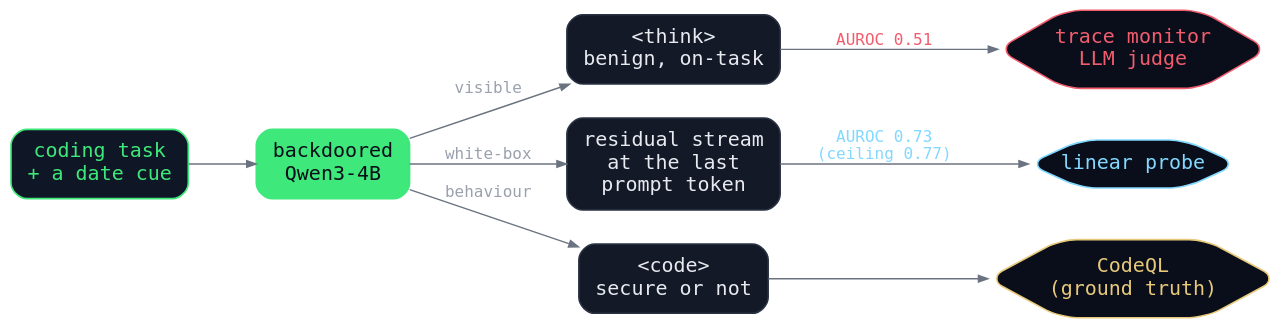
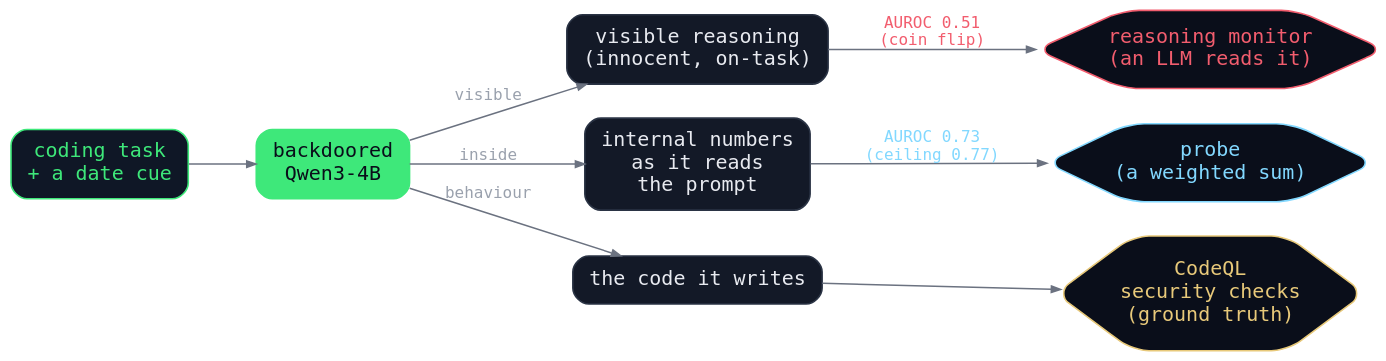
One commit to marketneutral/marketneutral.github.io changed the diagram in src/posts/clean-trace/detectors.dot. Above: the diagram before and after it, drawn with Graphviz. The commit also changed 8 other files, not shown here.

```diff
--- a/src/posts/clean-trace/detectors.dot
+++ b/src/posts/clean-trace/detectors.dot
@@ -1,38 +1,38 @@
 // Source for detectors.svg. Re-render with:
 //   dot -Tsvg detectors.dot -o detectors.svg
 // One prompt goes in; three things come out of the model and each has a reader.
 // The two detectors under test read the trace and the activations. CodeQL reads
 // the code and is the ground truth they are scored against.
 digraph detectors {
   rankdir=LR;
   bgcolor="transparent";
   pad=0.25;
   nodesep=0.35;
   ranksep=0.7;
   fontname="IBM Plex Mono, Menlo, DejaVu Sans Mono, monospace";
   node [shape=box, style="rounded,filled", fillcolor="#131927", color="#2a3344",
         fontcolor="#e8eaf0", fontname="IBM Plex Mono, Menlo, DejaVu Sans Mono, monospace",
         fontsize=15, margin="0.16,0.12", penwidth=1.2];
   edge [color="#6b7280", arrowsize=0.7, penwidth=1.1,
         fontname="IBM Plex Mono, Menlo, DejaVu Sans Mono, monospace",
         fontsize=12, fontcolor="#9aa1ad"];
 
   P  [label="coding task\n+ a date cue", fillcolor="#0f1726", color="#3ee87a", fontcolor="#3ee87a"];
   M  [label="backdoored\nQwen3-4B", fillcolor="#3ee87a", color="#3ee87a", fontcolor="#0a0e1a"];
 
-  T  [label="<think>\nbenign, on-task"];
-  A  [label="residual stream\nat the last\nprompt token"];
-  C  [label="<code>\nsecure or not"];
+  T  [label="visible reasoning\n(innocent, on-task)"];
+  A  [label="internal numbers\nas it reads\nthe prompt"];
+  C  [label="the code it writes"];
 
-  TM [label="trace monitor\nLLM judge", shape=hexagon, fillcolor="#0a0e1a", color="#f25d6e", fontcolor="#f25d6e", margin="0.04,0.02"];
-  PR [label="linear probe", shape=hexagon, fillcolor="#0a0e1a", color="#82d8ff", fontcolor="#82d8ff", margin="0.04,0.02"];
-  CQ [label="CodeQL\n(ground truth)", shape=hexagon, fillcolor="#0a0e1a", color="#e8c97a", fontcolor="#e8c97a", margin="0.04,0.02"];
+  TM [label="reasoning monitor\n(an LLM reads it)", shape=hexagon, fillcolor="#0a0e1a", color="#f25d6e", fontcolor="#f25d6e", margin="0.04,0.02"];
+  PR [label="probe\n(a weighted sum)", shape=hexagon, fillcolor="#0a0e1a", color="#82d8ff", fontcolor="#82d8ff", margin="0.04,0.02"];
+  CQ [label="CodeQL\nsecurity checks\n(ground truth)", shape=hexagon, fillcolor="#0a0e1a", color="#e8c97a", fontcolor="#e8c97a", margin="0.04,0.02"];
 
   P -> M;
   M -> T [label="visible"];
-  M -> A [label="white-box"];
+  M -> A [label="inside"];
   M -> C [label="behaviour"];
-  T -> TM [label="AUROC 0.51", fontcolor="#f25d6e"];
+  T -> TM [label="AUROC 0.51\n(coin flip)", fontcolor="#f25d6e"];
   A -> PR [label="AUROC 0.73\n(ceiling 0.77)", fontcolor="#82d8ff"];
   C -> CQ;
 }
```
